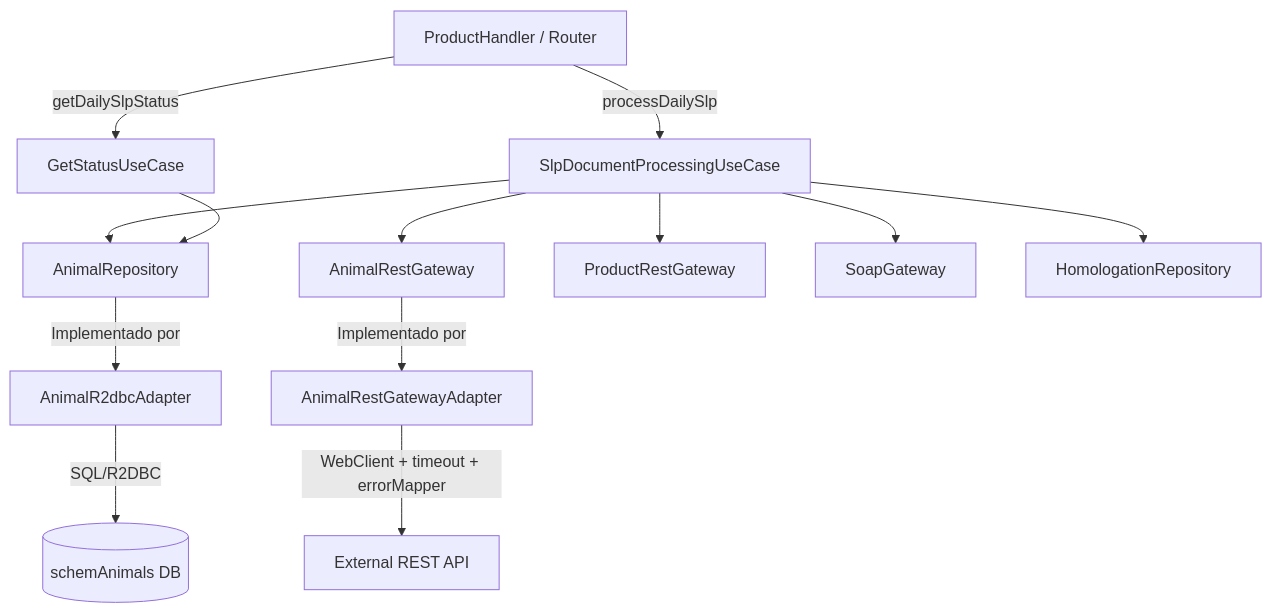
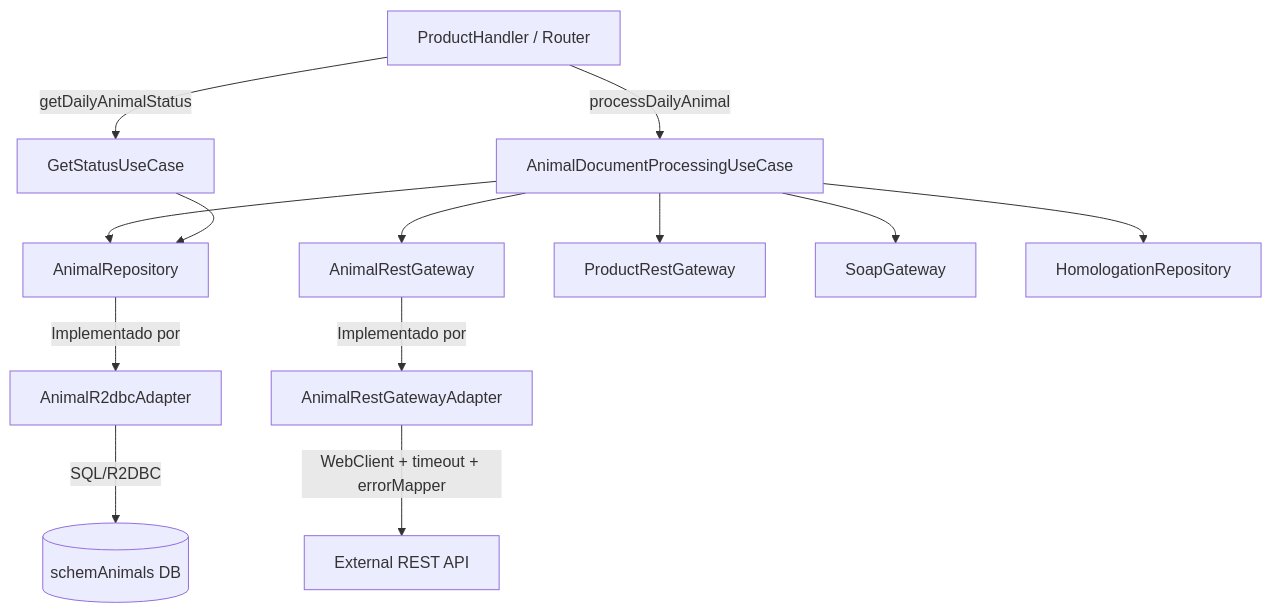
Before and after one commit to Alexander2305Potosi/ms_send_document: the diagram in docs/plan_integracion_animales.md, drawn with Mermaid. The commit also changed other lines of this file and 31 other files, not shown here.

````diff
--- a/docs/plan_integracion_animales.md
+++ b/docs/plan_integracion_animales.md
@@ -26,19 +25,19 @@
 ```mermaid
 graph TD
-    Entrypoint["ProductHandler / Router"] -->|processDailySlp| UseCase[SlpDocumentProcessingUseCase]
-    Entrypoint -->|getDailySlpStatus| StatusUseCase[GetStatusUseCase]
+    Entrypoint["ProductHandler / Router"] -->|processDailyAnimal| UseCase[AnimalDocumentProcessingUseCase]
+    Entrypoint -->|getDailyAnimalStatus| StatusUseCase[GetStatusUseCase]
 
     UseCase --> PortDb[AnimalRepository]
     UseCase --> PortRest[AnimalRestGateway]
     UseCase --> PortProd[ProductRestGateway]
     UseCase --> PortSoap[SoapGateway]
     UseCase --> PortHom[HomologationRepository]
 
     StatusUseCase --> PortDb
 
     PortDb -->|Implementado por| AdapterDb[AnimalR2dbcAdapter]
     PortRest -->|Implementado por| AdapterRest[AnimalRestGatewayAdapter]
 
     AdapterDb -->|"SQL/R2DBC"| Db[(schemAnimals DB)]
     AdapterRest -->|"WebClient + timeout + errorMapper"| ExtAPI[External REST API]
 ```
````
